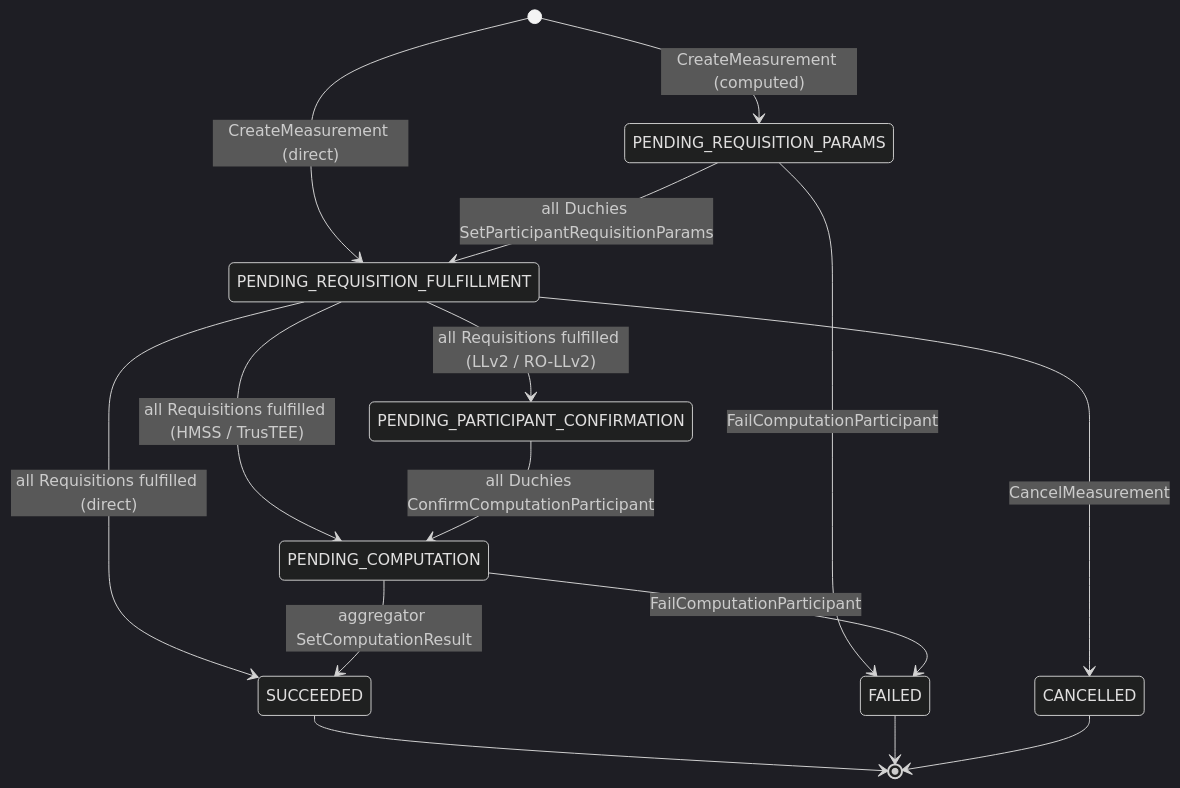
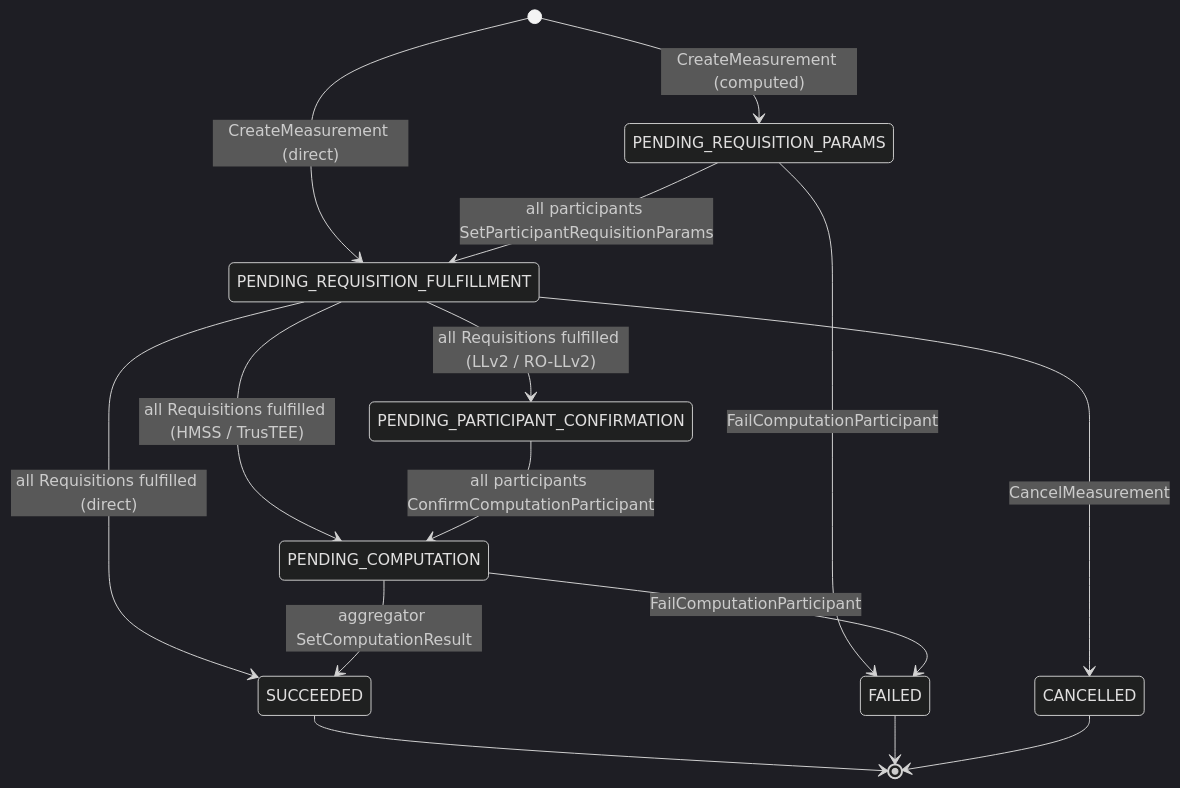
The second of 2 diagrams in docs/architecture/components/kingdom.md (world-federation-of-advertisers/cross-media-measurement), drawn with Mermaid (dark theme) before and after one commit. The commit also changed other lines of this file and 7 other files, not shown here.

````diff
--- a/docs/architecture/components/kingdom.md
+++ b/docs/architecture/components/kingdom.md
@@ -316,18 +316,18 @@
 ```mermaid
 stateDiagram-v2
   [*] --> PENDING_REQUISITION_PARAMS: CreateMeasurement (computed)
   [*] --> PENDING_REQUISITION_FULFILLMENT: CreateMeasurement (direct)
 
-  PENDING_REQUISITION_PARAMS --> PENDING_REQUISITION_FULFILLMENT: all Duchies SetParticipantRequisitionParams
+  PENDING_REQUISITION_PARAMS --> PENDING_REQUISITION_FULFILLMENT: all participants SetParticipantRequisitionParams
   PENDING_REQUISITION_FULFILLMENT --> PENDING_PARTICIPANT_CONFIRMATION: all Requisitions fulfilled (LLv2 / RO-LLv2)
   PENDING_REQUISITION_FULFILLMENT --> PENDING_COMPUTATION: all Requisitions fulfilled (HMSS / TrusTEE)
   PENDING_REQUISITION_FULFILLMENT --> SUCCEEDED: all Requisitions fulfilled (direct)
-  PENDING_PARTICIPANT_CONFIRMATION --> PENDING_COMPUTATION: all Duchies ConfirmComputationParticipant
+  PENDING_PARTICIPANT_CONFIRMATION --> PENDING_COMPUTATION: all participants ConfirmComputationParticipant
   PENDING_COMPUTATION --> SUCCEEDED: aggregator SetComputationResult
   PENDING_REQUISITION_PARAMS --> FAILED: FailComputationParticipant
   PENDING_REQUISITION_FULFILLMENT --> CANCELLED: CancelMeasurement
   PENDING_COMPUTATION --> FAILED: FailComputationParticipant
   SUCCEEDED --> [*]
   FAILED --> [*]
   CANCELLED --> [*]
 ```
````
